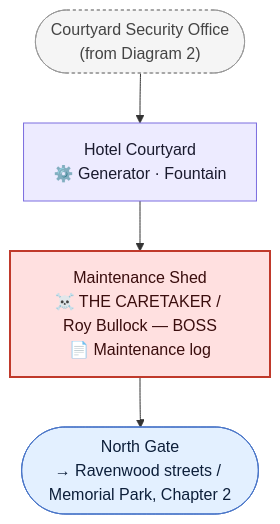
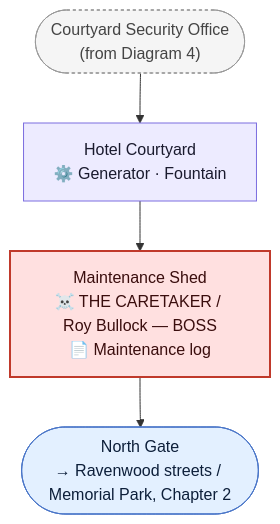
One commit to GIToez/Deadlock-Design changed the fifth of 5 diagrams in DESIGN/Locations/Ravenwood_Hotel.md. Above: the diagram before and after it, drawn with Mermaid. The commit also changed other lines of this file and 9 other files, not shown here.

````diff
--- a/DESIGN/Locations/Ravenwood_Hotel.md
+++ b/DESIGN/Locations/Ravenwood_Hotel.md
@@ -287,18 +361,18 @@
 ```mermaid
 flowchart TD
-    SECOFFREF(["Courtyard Security Office<br/>(from Diagram 2)"])
+    SECOFFREF(["Courtyard Security Office<br/>(from Diagram 4)"])
     COURT["Hotel Courtyard<br/>⚙️ Generator · Fountain"]
     SHED["Maintenance Shed<br/>☠️ THE CARETAKER / Roy Bullock — BOSS<br/>📄 Maintenance log"]
     GATE(["North Gate<br/>→ Ravenwood streets / Memorial Park, Chapter 2"])
 
     SECOFFREF --> COURT --> SHED --> GATE
 
     classDef room fill:#EDEBFF,stroke:#7C6EE0,color:#1a1a2e
     classDef boss fill:#FFE0E0,stroke:#C0392B,color:#3a0d0d,stroke-width:2px
     classDef exterior fill:#E3F0FF,stroke:#4A76C9,color:#0d1f3a
     classDef ref fill:#F5F5F5,stroke:#999999,color:#444444,stroke-dasharray:3 3
     class SECOFFREF ref
     class COURT room
     class SHED boss
     class GATE exterior
 ```
````
